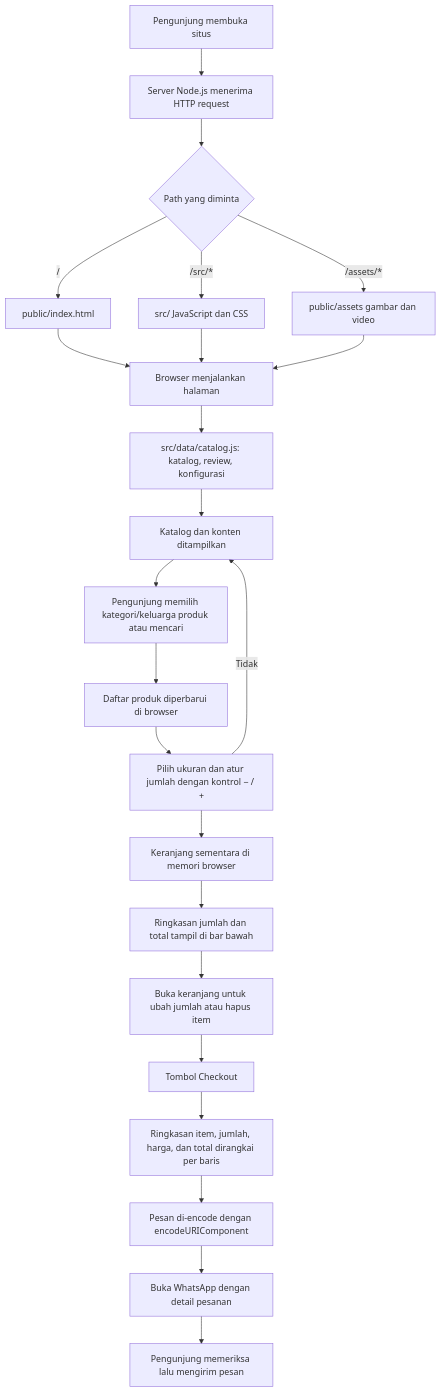
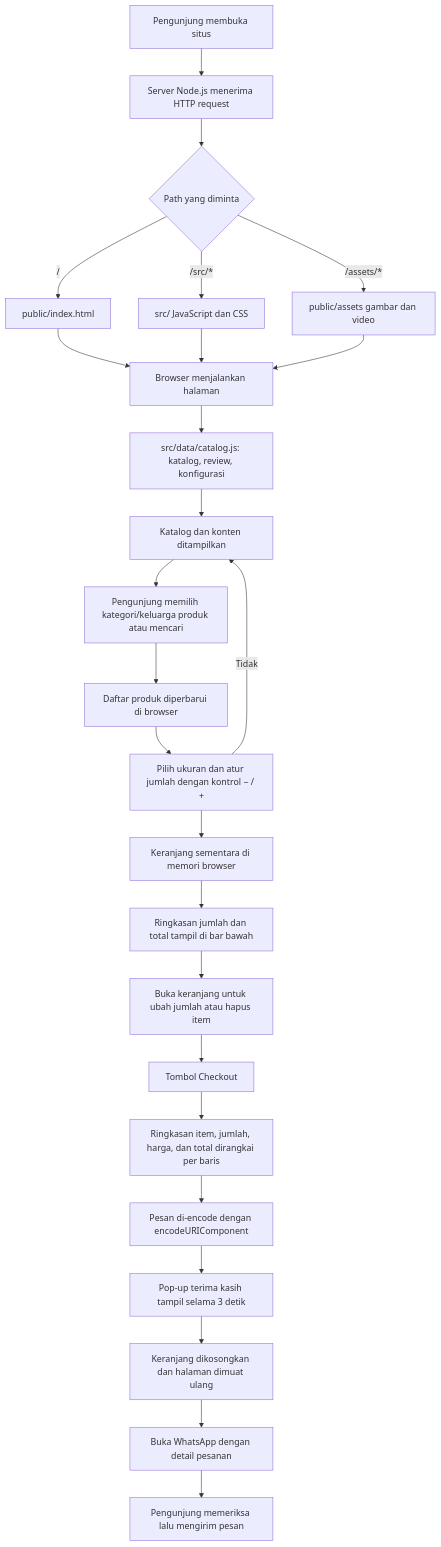
Before and after one commit to andiap92/FD-Culinary: the first of 2 diagrams in ALUR-SISTEM.md, drawn with Mermaid. The commit also changed other lines of this file and 3 other files, not shown here.

````diff
--- a/ALUR-SISTEM.md
+++ b/ALUR-SISTEM.md
@@ -7,25 +7,27 @@
 ```mermaid
 flowchart TD
     U[Pengunjung membuka situs] --> S[Server Node.js menerima HTTP request]
     S --> R{Path yang diminta}
     R -->|/| HTML[public/index.html]
     R -->|/src/*| SRC[src/ JavaScript dan CSS]
     R -->|/assets/*| ASSET[public/assets gambar dan video]
     HTML --> B[Browser menjalankan halaman]
     SRC --> B
     ASSET --> B
     B --> DATA[src/data/catalog.js: katalog, review, konfigurasi]
     DATA --> C[Katalog dan konten ditampilkan]
     C --> F[Pengunjung memilih kategori/keluarga produk atau mencari]
     F --> P[Daftar produk diperbarui di browser]
     P --> A[Pilih ukuran dan atur jumlah dengan kontrol − / +]
     A --> CART[Keranjang sementara di memori browser]
     CART --> BAR[Ringkasan jumlah dan total tampil di bar bawah]
     BAR --> EDIT[Buka keranjang untuk ubah jumlah atau hapus item]
     EDIT --> CHECKOUT[Tombol Checkout]
     CHECKOUT --> MESSAGE[Ringkasan item, jumlah, harga, dan total dirangkai per baris]
     MESSAGE --> ENCODE[Pesan di-encode dengan encodeURIComponent]
-    ENCODE --> WA[Buka WhatsApp dengan detail pesanan]
+    ENCODE --> THANKS[Pop-up terima kasih tampil selama 3 detik]
+    THANKS --> RESET[Keranjang dikosongkan dan halaman dimuat ulang]
+    RESET --> WA[Buka WhatsApp dengan detail pesanan]
     WA --> SEND[Pengunjung memeriksa lalu mengirim pesan]
     A -->|Tidak| C
 ```
````
